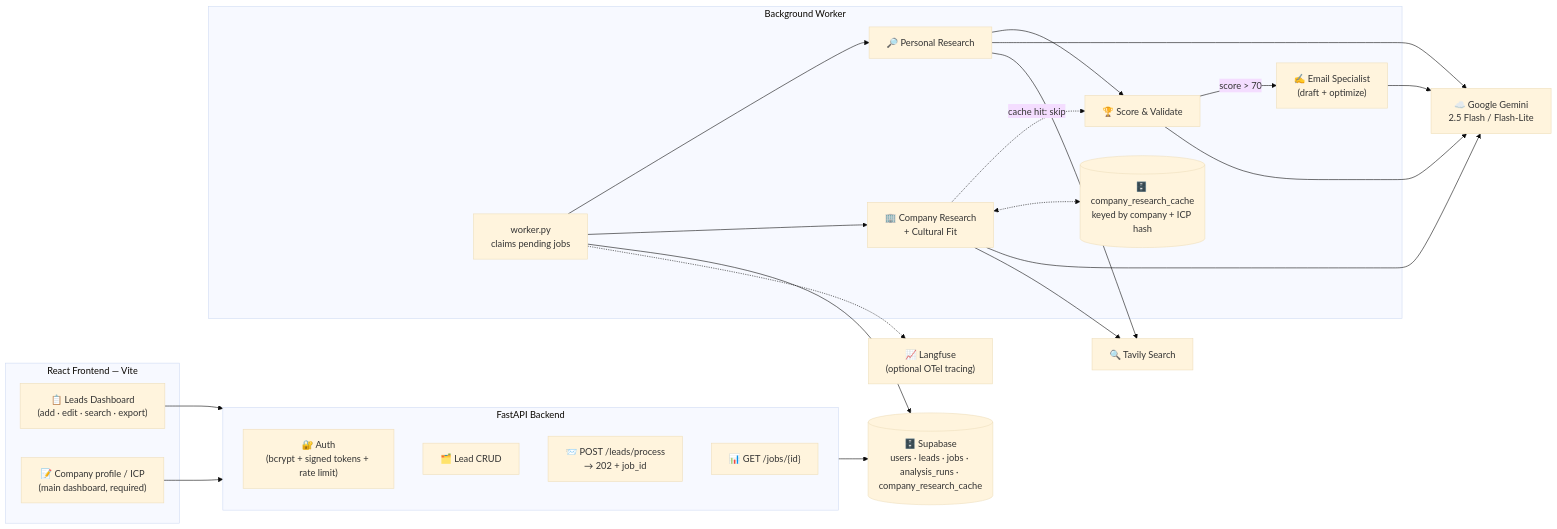
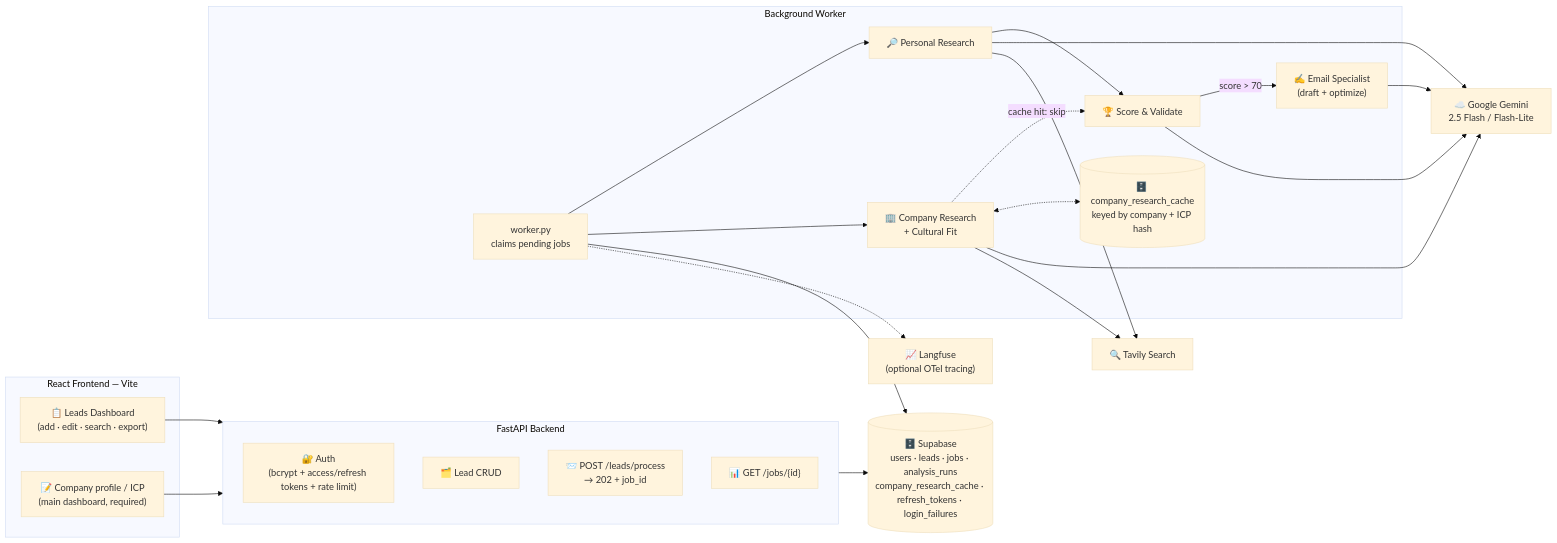
The diagram in README.md (VIVPM/multi-crew-leads-dashboard), drawn with Mermaid (base theme) before and after one commit. The commit also changed other lines of this file, not shown here.

````diff
--- a/README.md
+++ b/README.md
@@ -27,37 +28,37 @@
 ```mermaid
 graph LR
     subgraph FE [React Frontend — Vite]
         UI["📋 Leads Dashboard<br>(add · edit · search · export)"]
         ICP["📝 Company profile / ICP<br>(main dashboard, required)"]
     end
 
     subgraph API [FastAPI Backend]
-        Auth["🔐 Auth<br>(bcrypt + signed tokens + rate limit)"]
+        Auth["🔐 Auth<br>(bcrypt + access/refresh tokens + rate limit)"]
         CRUD["🗂️ Lead CRUD"]
         Enq["📨 POST /leads/process<br>→ 202 + job_id"]
         Jobs["📊 GET /jobs/{id}"]
     end
 
     subgraph Worker [Background Worker]
         W["worker.py<br>claims pending jobs"]
         A1["🔎 Personal Research"] --> A3
         A2["🏢 Company Research<br>+ Cultural Fit"] -.->|cache hit: skip| A3["🏆 Score & Validate"]
         Cache[("🗄️ company_research_cache<br>keyed by company + ICP hash")]
         A2 <-.-> Cache
         A3 -->|score > 70| E1["✍️ Email Specialist<br>(draft + optimize)"]
         W --> A1 & A2
     end
 
-    DB[("🗄️ Supabase<br>users · leads · jobs · analysis_runs · company_research_cache")]
+    DB[("🗄️ Supabase<br>users · leads · jobs · analysis_runs<br>company_research_cache · refresh_tokens · login_failures")]
     LLM["☁️ Google Gemini<br>2.5 Flash / Flash-Lite"]
     Tavily["🔍 Tavily Search"]
     Trace["📈 Langfuse<br>(optional OTel tracing)"]
 
     UI --> API
     ICP --> API
     API --> DB
     W --> DB
     A1 & A2 & A3 & E1 --> LLM
     A1 & A2 --> Tavily
     W -.-> Trace
 ```
````
